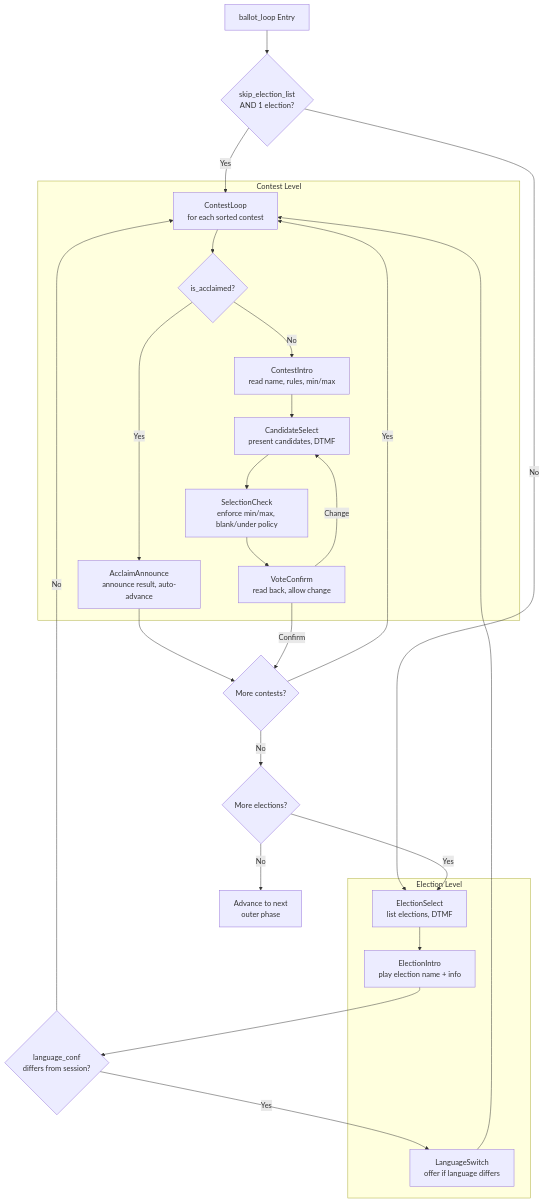
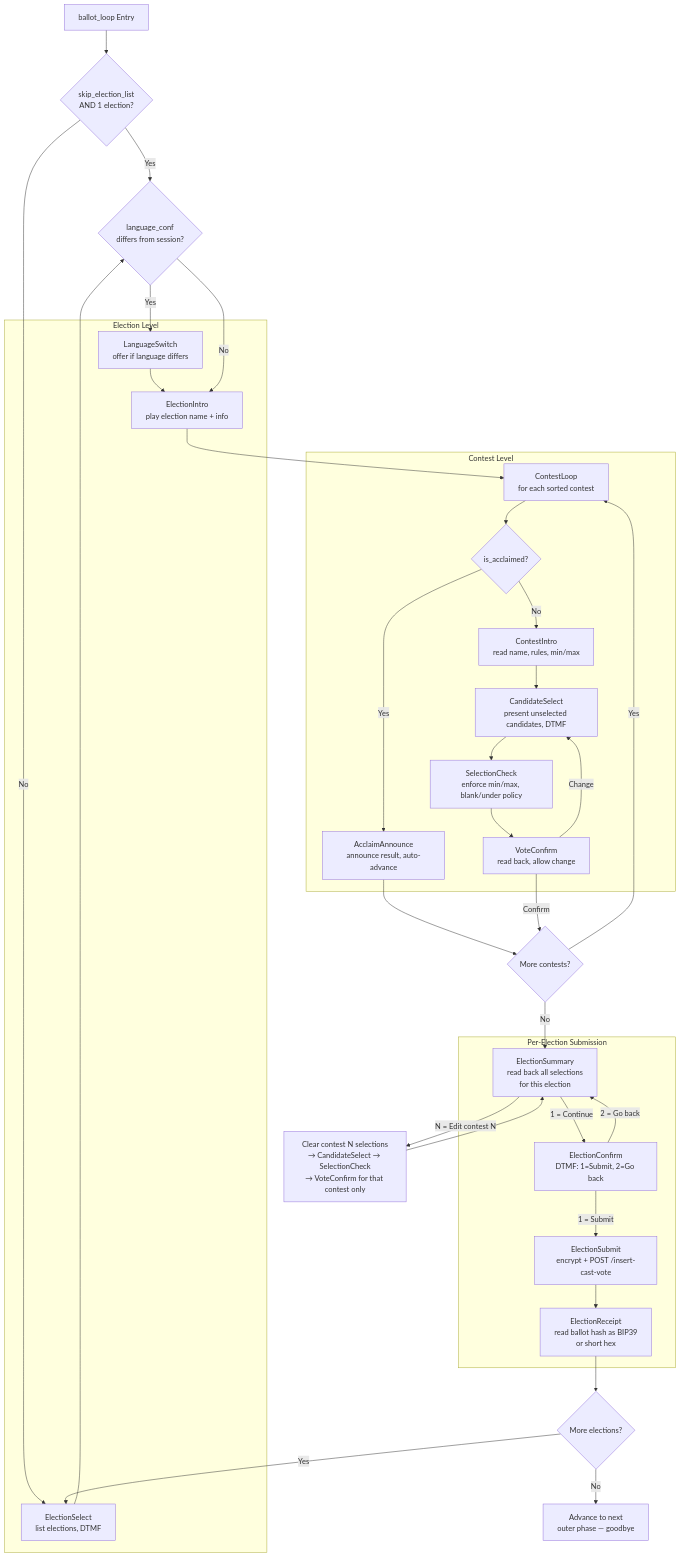
Before and after one commit to sequentech/step: the fourth of 13 diagrams in docs/docusaurus/docs/07-developers/12-ivr/ivr-system-design.md, drawn with Mermaid. The commit also changed other lines of this file, not shown here.

````diff
--- a/docs/docusaurus/docs/07-developers/12-ivr/ivr-system-design.md
+++ b/docs/docusaurus/docs/07-developers/12-ivr/ivr-system-design.md
@@ -161,41 +210,57 @@
 ```mermaid
 flowchart TD
     Start[ballot_loop Entry] --> SkipCheck{skip_election_list<br/>AND 1 election?}
-    SkipCheck -->|Yes| ContestLoop
+    SkipCheck -->|Yes| LangCheck
     SkipCheck -->|No| ElectionSelect
 
     subgraph ElectionLevel [Election Level]
         ElectionSelect[ElectionSelect<br/>list elections, DTMF]
+        LanguageSwitch[LanguageSwitch<br/>offer if language differs]
         ElectionIntro[ElectionIntro<br/>play election name + info]
-        LanguageSwitch[LanguageSwitch<br/>offer if language differs]
     end
 
-    ElectionSelect --> ElectionIntro
-    ElectionIntro --> LangCheck{language_conf<br/>differs from session?}
-    LangCheck -->|Yes| LanguageSwitch --> ContestLoop
-    LangCheck -->|No| ContestLoop
+    ElectionSelect --> LangCheck{language_conf<br/>differs from session?}
+    LangCheck -->|Yes| LanguageSwitch --> ElectionIntro
+    LangCheck -->|No| ElectionIntro
+    ElectionIntro --> ContestLoop
 
     subgraph ContestLevel [Contest Level]
         ContestLoop[ContestLoop<br/>for each sorted contest]
         AcclaimCheck{is_acclaimed?}
         AcclaimAnnounce[AcclaimAnnounce<br/>announce result, auto-advance]
         ContestIntro[ContestIntro<br/>read name, rules, min/max]
-        CandidateSelect[CandidateSelect<br/>present candidates, DTMF]
+        CandidateSelect[CandidateSelect<br/>present unselected candidates, DTMF]
         SelectionCheck[SelectionCheck<br/>enforce min/max, blank/under policy]
         VoteConfirm[VoteConfirm<br/>read back, allow change]
     end
 
     ContestLoop --> AcclaimCheck
     AcclaimCheck -->|Yes| AcclaimAnnounce --> NextContest
     AcclaimCheck -->|No| ContestIntro --> CandidateSelect
     CandidateSelect --> SelectionCheck
     SelectionCheck --> VoteConfirm
     VoteConfirm -->|Change| CandidateSelect
     VoteConfirm -->|Confirm| NextContest
 
     NextContest{More contests?}
     NextContest -->|Yes| ContestLoop
-    NextContest -->|No| MoreElections{More elections?}
+    NextContest -->|No| ElectionSummary
+
+    subgraph SubmissionLevel [Per-Election Submission]
+        ElectionSummary[ElectionSummary<br/>read back all selections<br/>for this election]
+        ElectionConfirm[ElectionConfirm<br/>DTMF: 1=Submit, 2=Go back]
+        ElectionSubmit[ElectionSubmit<br/>encrypt + POST /insert-cast-vote]
+        ElectionReceipt[ElectionReceipt<br/>read ballot hash as BIP39<br/>or short hex]
+    end
+
+    ElectionSummary -->|"N = Edit contest N"| EditContest[Clear contest N selections<br/>→ CandidateSelect → SelectionCheck<br/>→ VoteConfirm for that contest only]
+    EditContest --> ElectionSummary
+    ElectionSummary -->|"1 = Continue"| ElectionConfirm
+    ElectionConfirm -->|"2 = Go back"| ElectionSummary
+    ElectionConfirm -->|"1 = Submit"| ElectionSubmit
+    ElectionSubmit --> ElectionReceipt
+
+    ElectionReceipt --> MoreElections{More elections?}
     MoreElections -->|Yes| ElectionSelect
-    MoreElections -->|No| Done[Advance to next<br/>outer phase]
+    MoreElections -->|No| Done[Advance to next<br/>outer phase — goodbye]
 ```
````
